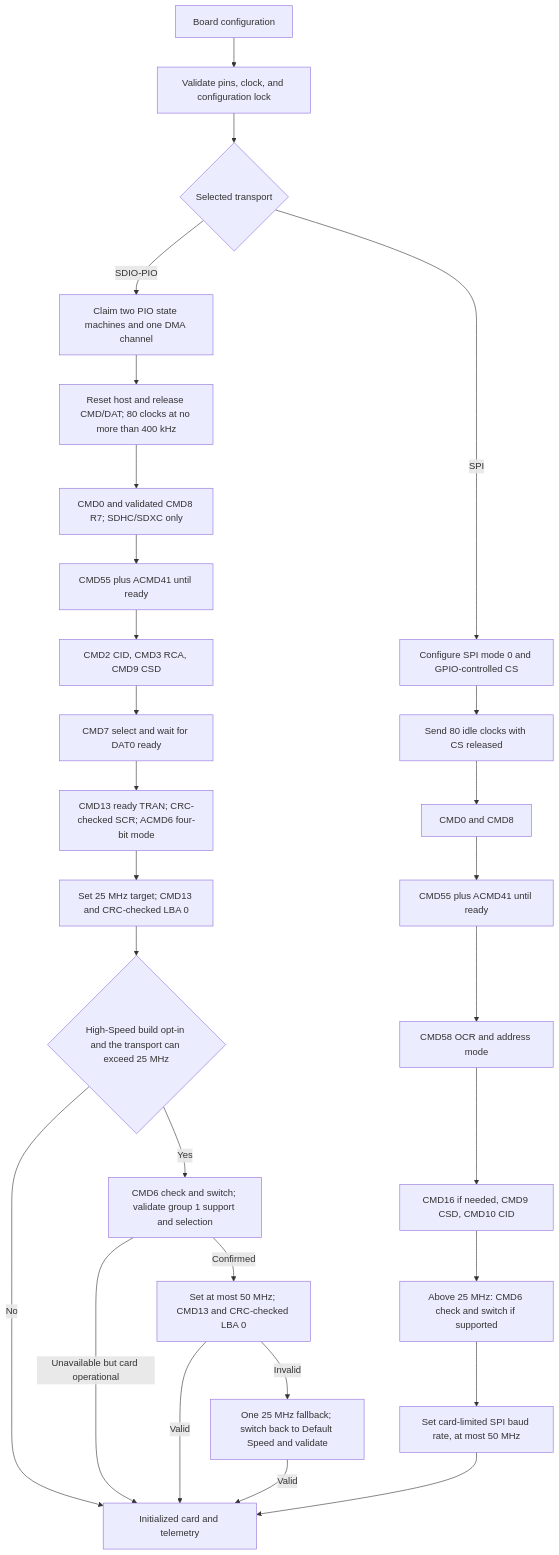
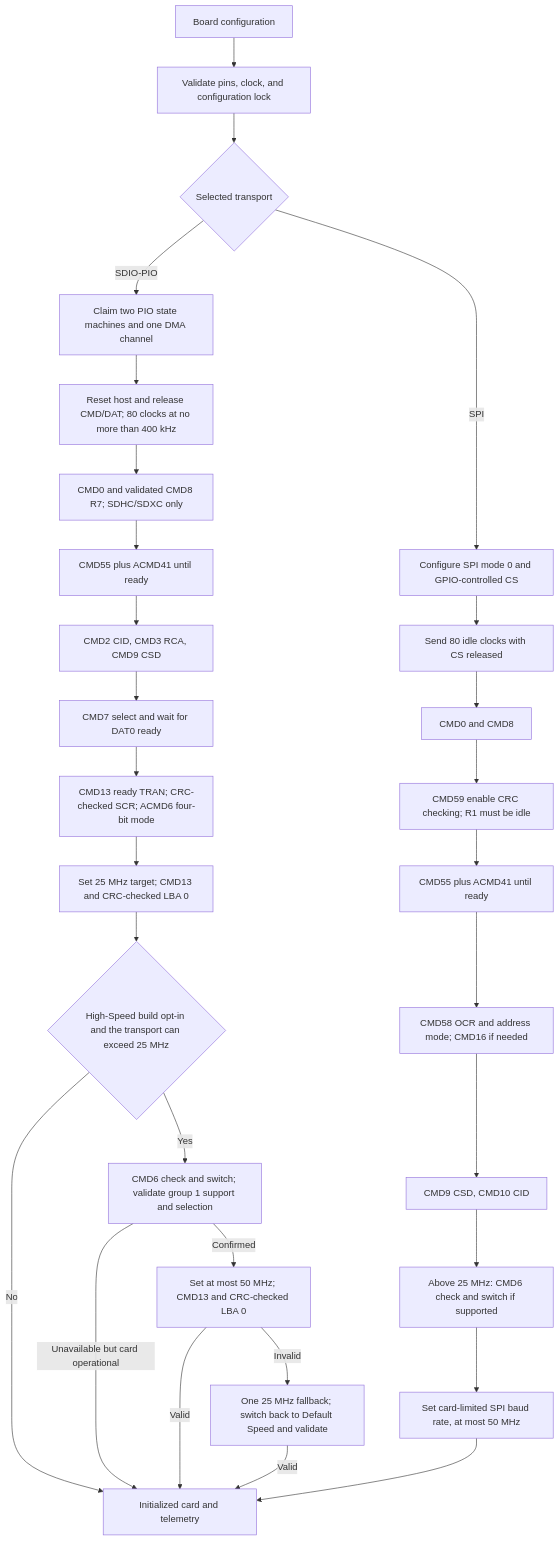
Before and after one commit to djwinter29-oss/PicoForge: the second of 5 diagrams in docs/sdcard-design.md, drawn with Mermaid. The commit also changed other lines of this file and 17 other files, not shown here.

Commit message:
fix(sd): enable SPI CRC and serialize profile controls

````diff
--- a/docs/sdcard-design.md
+++ b/docs/sdcard-design.md
@@ -293,30 +293,31 @@
 ```mermaid
 flowchart TD
     Start[Board configuration] --> Validate[Validate pins, clock, and configuration lock]
     Validate --> Transport{Selected transport}
     Transport -->|SDIO-PIO| Claim[Claim two PIO state machines and one DMA channel]
     Claim --> Idle[Reset host and release CMD/DAT; 80 clocks at no more than 400 kHz]
     Idle --> NativeReset[CMD0 and validated CMD8 R7; SDHC/SDXC only]
     NativeReset --> NativeReady[CMD55 plus ACMD41 until ready]
     NativeReady --> Identify[CMD2 CID, CMD3 RCA, CMD9 CSD]
     Identify --> Select[CMD7 select and wait for DAT0 ready]
     Select --> Width[CMD13 ready TRAN; CRC-checked SCR; ACMD6 four-bit mode]
     Width --> Speed[Set 25 MHz target; CMD13 and CRC-checked LBA 0]
     Speed --> Policy{High-Speed build opt-in and the transport can exceed 25 MHz}
     Policy -->|No| Ready[Initialized card and telemetry]
     Policy -->|Yes| Switch[CMD6 check and switch; validate group 1 support and selection]
     Switch -->|Unavailable but card operational| Ready
     Switch -->|Confirmed| Fast[Set at most 50 MHz; CMD13 and CRC-checked LBA 0]
     Fast -->|Valid| Ready
     Fast -->|Invalid| Fallback[One 25 MHz fallback; switch back to Default Speed and validate]
     Fallback -->|Valid| Ready
     Transport -->|SPI| Setup[Configure SPI mode 0 and GPIO-controlled CS]
     Setup --> Clocks[Send 80 idle clocks with CS released]
     Clocks --> SPIReset[CMD0 and CMD8]
-    SPIReset --> SPIReady[CMD55 plus ACMD41 until ready]
-    SPIReady --> OCR[CMD58 OCR and address mode]
-    OCR --> SPIIdentify[CMD16 if needed, CMD9 CSD, CMD10 CID]
+    SPIReset --> SPICrc[CMD59 enable CRC checking; R1 must be idle]
+    SPICrc --> SPIReady[CMD55 plus ACMD41 until ready]
+    SPIReady --> OCR[CMD58 OCR and address mode; CMD16 if needed]
+    OCR --> SPIIdentify[CMD9 CSD, CMD10 CID]
     SPIIdentify --> SPISwitch[Above 25 MHz: CMD6 check and switch if supported]
     SPISwitch --> SPISpeed[Set card-limited SPI baud rate, at most 50 MHz]
     SPISpeed --> Ready
 ```
````
